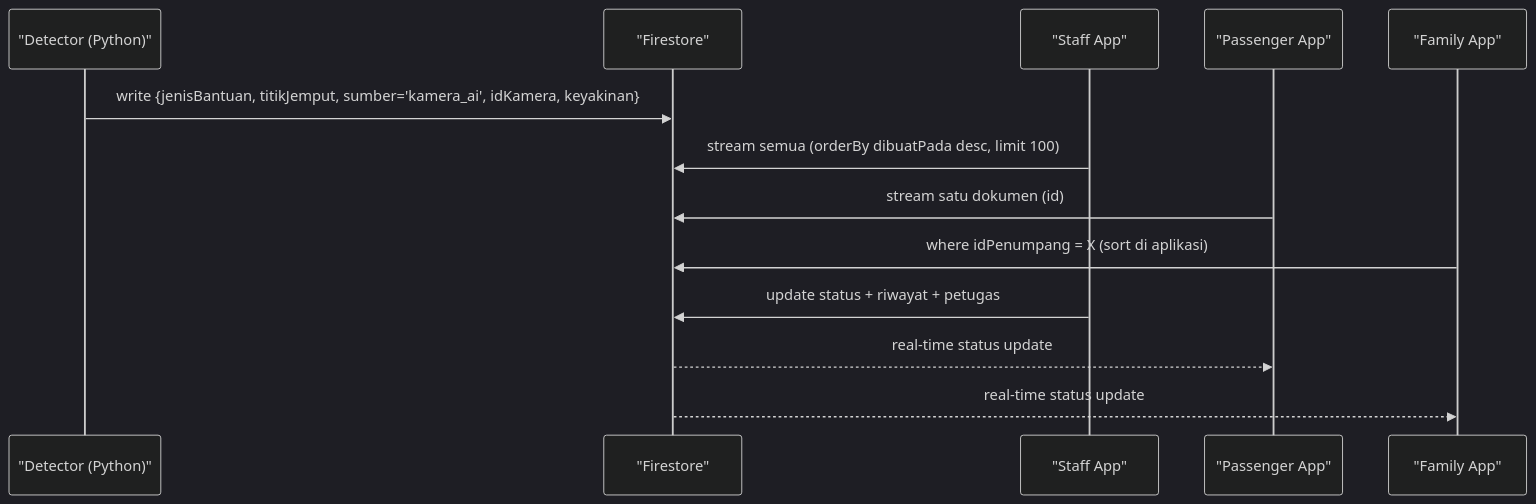
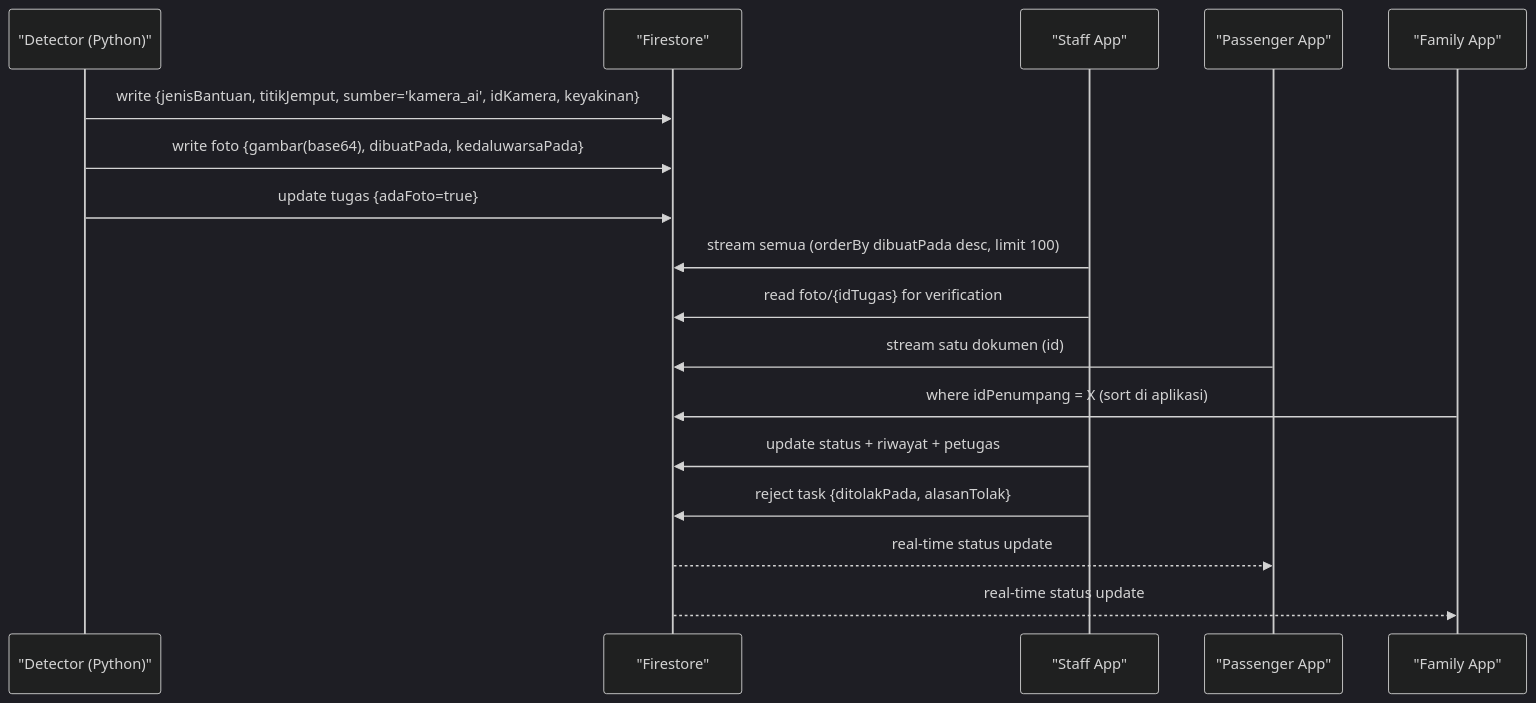
One commit to rdsarjito/whoosh-ramah changed the second of 3 diagrams in .qoder/repowiki/en/content/Data Models & Schema.md. Above: the diagram before and after it, drawn with Mermaid (dark theme). The commit also changed other lines of this file and 68 other files, not shown here.

````diff
--- a/.qoder/repowiki/en/content/Data Models & Schema.md
+++ b/.qoder/repowiki/en/content/Data Models & Schema.md
@@ -85,15 +107,19 @@
 ```mermaid
 sequenceDiagram
 participant Det as "Detector (Python)"
 participant FS as "Firestore"
 participant Staff as "Staff App"
 participant Pass as "Passenger App"
 participant Fam as "Family App"
 Det->>FS : write {jenisBantuan, titikJemput, sumber='kamera_ai', idKamera, keyakinan}
+Det->>FS : write foto {gambar(base64), dibuatPada, kedaluwarsaPada}
+Det->>FS : update tugas {adaFoto=true}
 Staff->>FS : stream semua (orderBy dibuatPada desc, limit 100)
+Staff->>FS : read foto/{idTugas} for verification
 Pass->>FS : stream satu dokumen (id)
 Fam->>FS : where idPenumpang = X (sort di aplikasi)
 Staff->>FS : update status + riwayat + petugas
+Staff->>FS : reject task {ditolakPada, alasanTolak}
 FS-->>Pass : real-time status update
 FS-->>Fam : real-time status update
 ```
````
